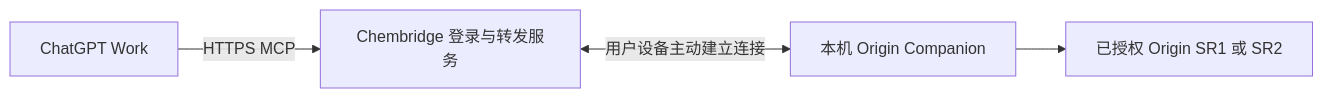
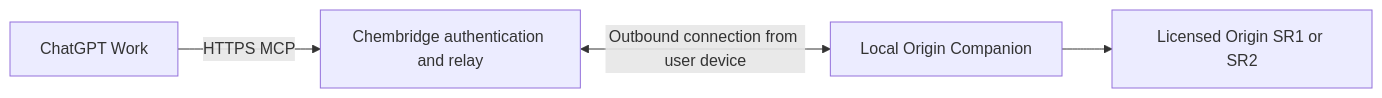
One commit to saigyujikingyo-png/origin-agent-bridge changed the diagram in PUBLIC_DISTRIBUTION.md. Above: the diagram before and after it, drawn with Mermaid. The commit also changed other lines of this file and 29 other files, not shown here.

````diff
--- a/PUBLIC_DISTRIBUTION.md
+++ b/PUBLIC_DISTRIBUTION.md
@@ -40,6 +40,6 @@
 ```mermaid
 flowchart LR
-    A[ChatGPT Work] -->|HTTPS MCP| B[Chembridge 登录与转发服务]
-    B <-->|用户设备主动建立连接| C[本机 Origin Companion]
-    C --> D[已授权 Origin SR1 或 SR2]
+    A[ChatGPT Work] -->|HTTPS MCP| B[Chembridge authentication and relay]
+    B <-->|Outbound connection from user device| C[Local Origin Companion]
+    C --> D[Licensed Origin SR1 or SR2]
 ```
````
